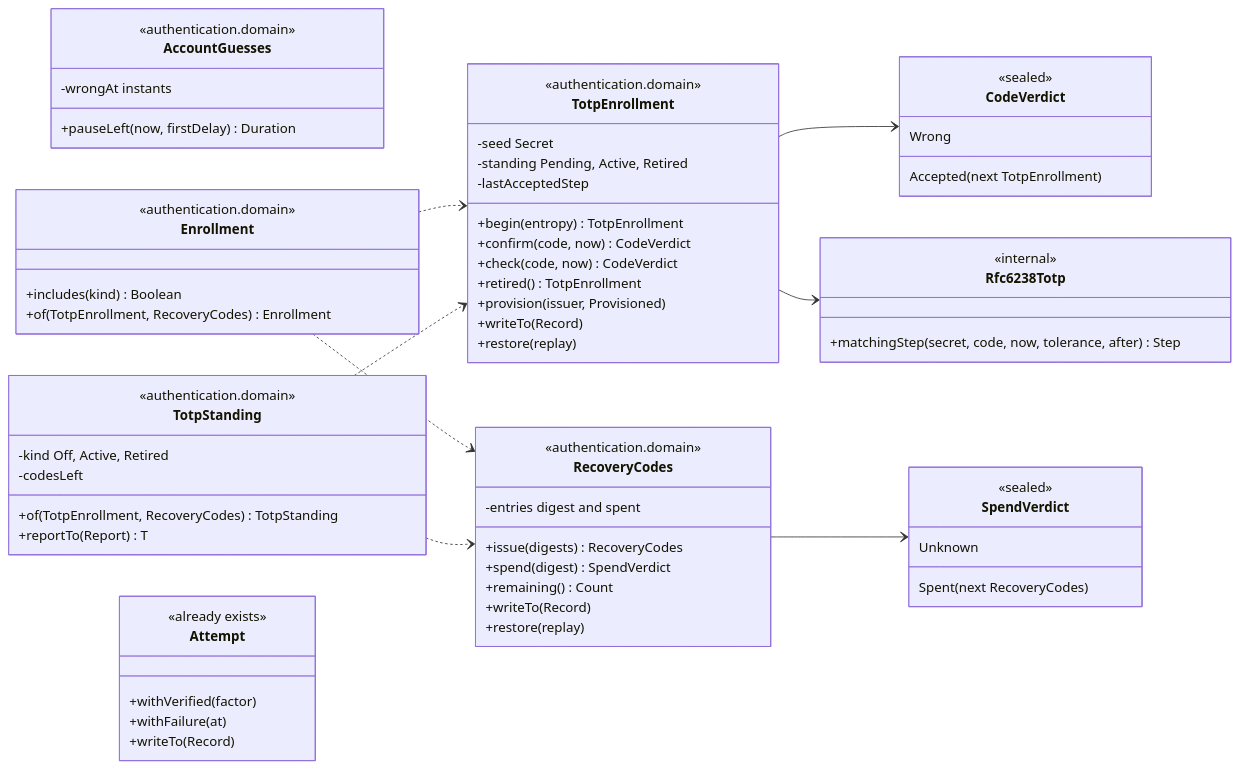
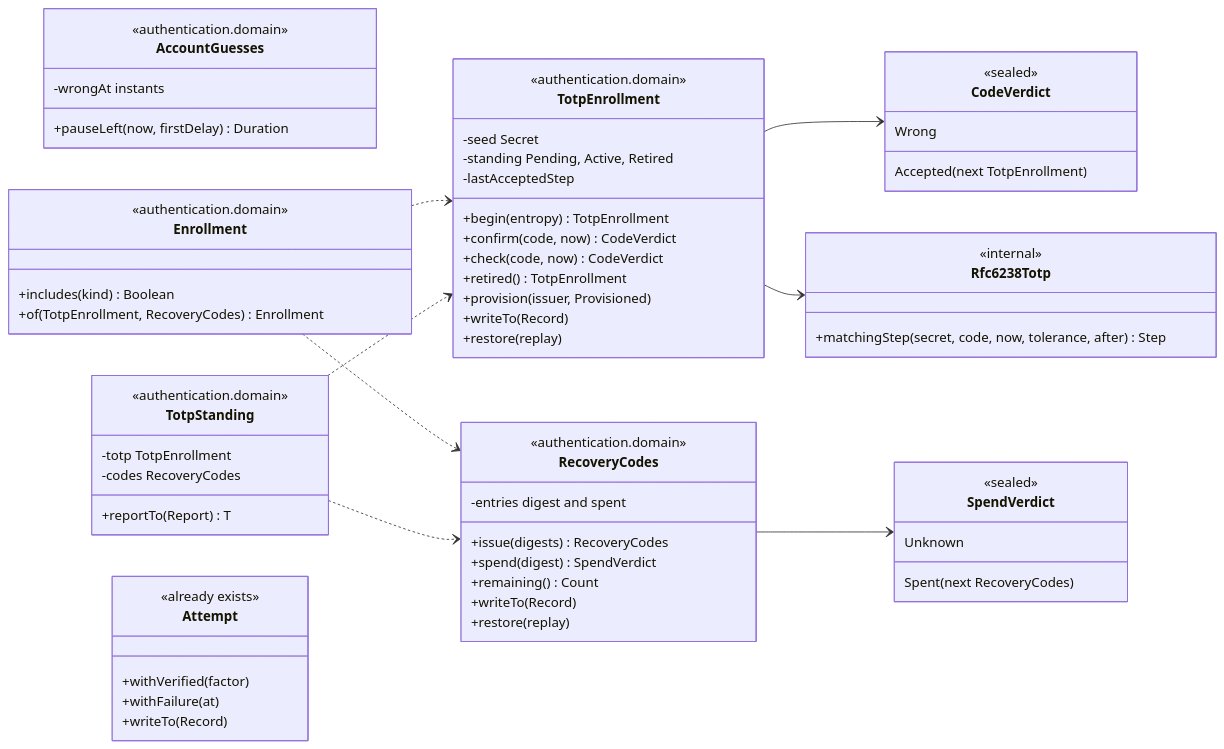
Before and after one commit to yuriisurzhykov/Tallyvane: the fifth of 7 diagrams in docs/backend/03-authentication-slice-5b-totp.md, drawn with Mermaid. The commit also changed 4 other files, not shown here.

First line of the commit message:
Keep TotpStanding free of companion logic and the line limit (review of the lint and architecture checks)

````diff
--- a/docs/backend/03-authentication-slice-5b-totp.md
+++ b/docs/backend/03-authentication-slice-5b-totp.md
@@ -178,70 +178,69 @@
 ```mermaid
 classDiagram
     direction LR
     class TotpEnrollment {
         <<authentication.domain>>
         -seed Secret
         -standing Pending, Active, Retired
         -lastAcceptedStep
         +begin(entropy) TotpEnrollment
         +confirm(code, now) CodeVerdict
         +check(code, now) CodeVerdict
         +retired() TotpEnrollment
         +provision(issuer, Provisioned)
         +writeTo(Record)
         +restore(replay)
     }
     class CodeVerdict {
         <<sealed>>
         Accepted(next TotpEnrollment)
         Wrong
     }
     class RecoveryCodes {
         <<authentication.domain>>
         -entries digest and spent
         +issue(digests) RecoveryCodes
         +spend(digest) SpendVerdict
         +remaining() Count
         +writeTo(Record)
         +restore(replay)
     }
     class SpendVerdict {
         <<sealed>>
         Spent(next RecoveryCodes)
         Unknown
     }
     class AccountGuesses {
         <<authentication.domain>>
         -wrongAt instants
         +pauseLeft(now, firstDelay) Duration
     }
     class Enrollment {
         <<authentication.domain>>
         +includes(kind) Boolean
         +of(TotpEnrollment, RecoveryCodes) Enrollment
     }
     class TotpStanding {
         <<authentication.domain>>
-        -kind Off, Active, Retired
-        -codesLeft
-        +of(TotpEnrollment, RecoveryCodes) TotpStanding
+        -totp TotpEnrollment
+        -codes RecoveryCodes
         +reportTo(Report) T
     }
     class Rfc6238Totp {
         <<internal>>
         +matchingStep(secret, code, now, tolerance, after) Step
     }
     class Attempt {
         <<already exists>>
         +withVerified(factor)
         +withFailure(at)
         +writeTo(Record)
     }
     TotpEnrollment --> CodeVerdict
     TotpEnrollment --> Rfc6238Totp
     RecoveryCodes --> SpendVerdict
     Enrollment ..> TotpEnrollment
     Enrollment ..> RecoveryCodes
     TotpStanding ..> TotpEnrollment
     TotpStanding ..> RecoveryCodes
 ```
````
